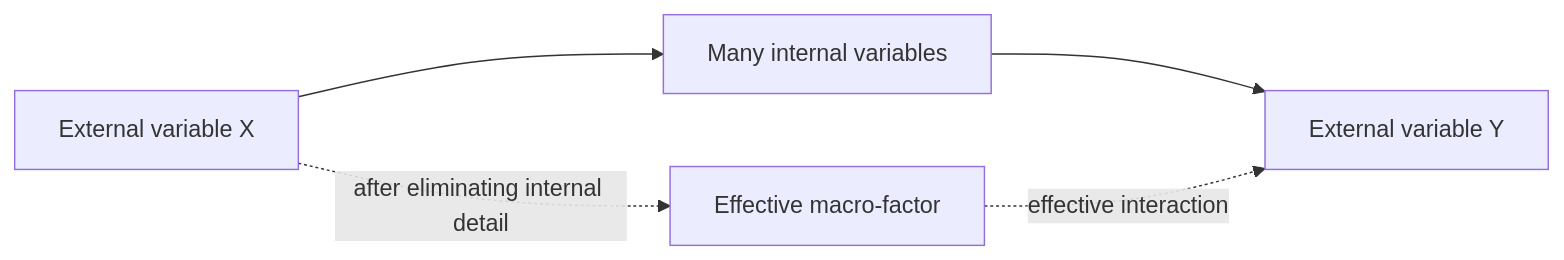
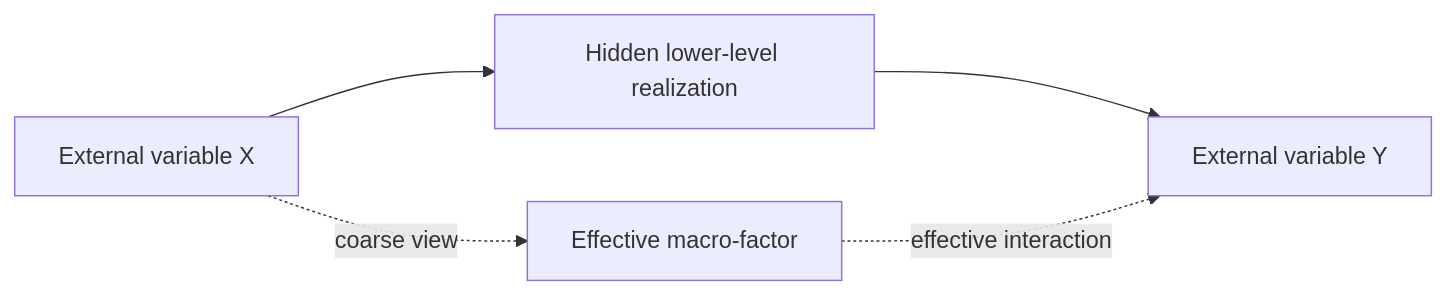
The eighth of 8 diagrams in _posts/2026-08-22-predictive-control-factor-hierarchy.md (spencerbug/spencerbug.github.io), drawn with Mermaid before and after one commit. The commit also changed other lines of this file, not shown here.

````diff
--- a/_posts/2026-08-22-predictive-control-factor-hierarchy.md
+++ b/_posts/2026-08-22-predictive-control-factor-hierarchy.md
@@ -725,11 +1056,11 @@
 ```mermaid
 flowchart LR
     X[External variable X]
-    H[Many internal variables]
+    H[Hidden lower-level realization]
     Y[External variable Y]
     M[Effective macro-factor]
 
     X --> H --> Y
-    X -. after eliminating internal detail .-> M
+    X -. coarse view .-> M
     M -. effective interaction .-> Y
 ```
````
